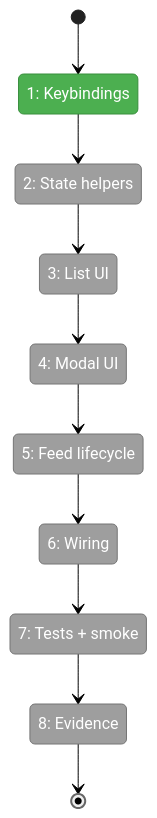
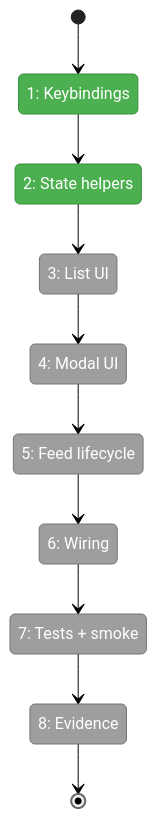
Before and after one commit to vaughanknight/pij: the first of 2 diagrams in docs/plans/007-options-for-pi-extensions-that-do-subagents/tasks/phase-2-full-modal-minih-run-viewer/tasks.fltplan.md, drawn with Mermaid (neutral theme). The commit also changed other lines of this file and 3 other files, not shown here.

````diff
--- a/docs/plans/007-options-for-pi-extensions-that-do-subagents/tasks/phase-2-full-modal-minih-run-viewer/tasks.fltplan.md
+++ b/docs/plans/007-options-for-pi-extensions-that-do-subagents/tasks/phase-2-full-modal-minih-run-viewer/tasks.fltplan.md
@@ -43,29 +43,29 @@
 ```mermaid
 stateDiagram-v2
     classDef pending fill:#9E9E9E,stroke:#757575,color:#fff
     classDef active fill:#FFC107,stroke:#FFA000,color:#000
     classDef done fill:#4CAF50,stroke:#388E3C,color:#fff
     classDef blocked fill:#F44336,stroke:#D32F2F,color:#fff
 
     state "1: Keybindings" as S1
     state "2: State helpers" as S2
     state "3: List UI" as S3
     state "4: Modal UI" as S4
     state "5: Feed lifecycle" as S5
     state "6: Wiring" as S6
     state "7: Tests + smoke" as S7
     state "8: Evidence" as S8
 
     [*] --> S1
     S1 --> S2
     S2 --> S3
     S3 --> S4
     S4 --> S5
     S5 --> S6
     S6 --> S7
     S7 --> S8
     S8 --> [*]
 
-    class S1 done
-    class S2,S3,S4,S5,S6,S7,S8 pending
+    class S1,S2 done
+    class S3,S4,S5,S6,S7,S8 pending
 ```
````
